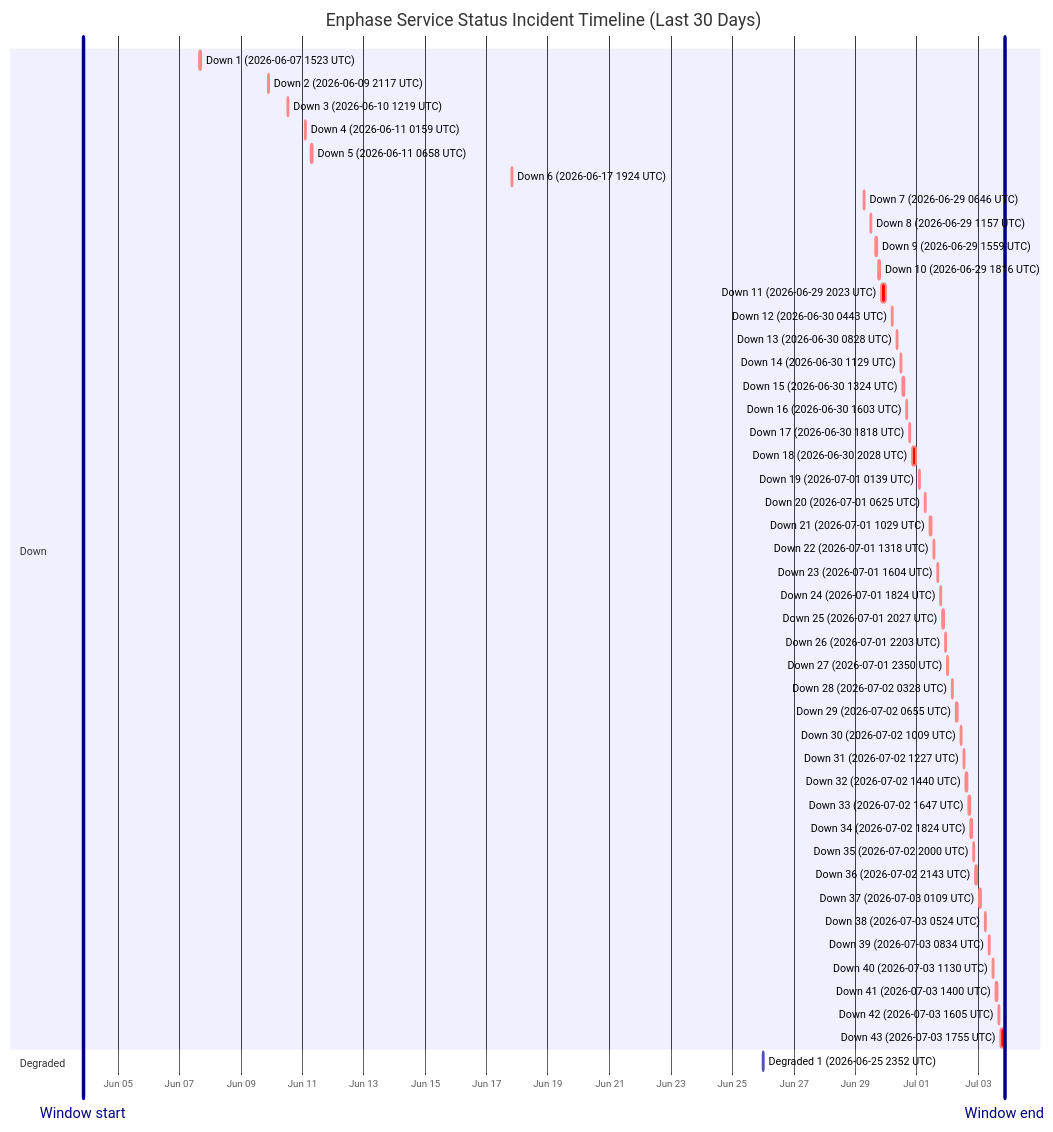
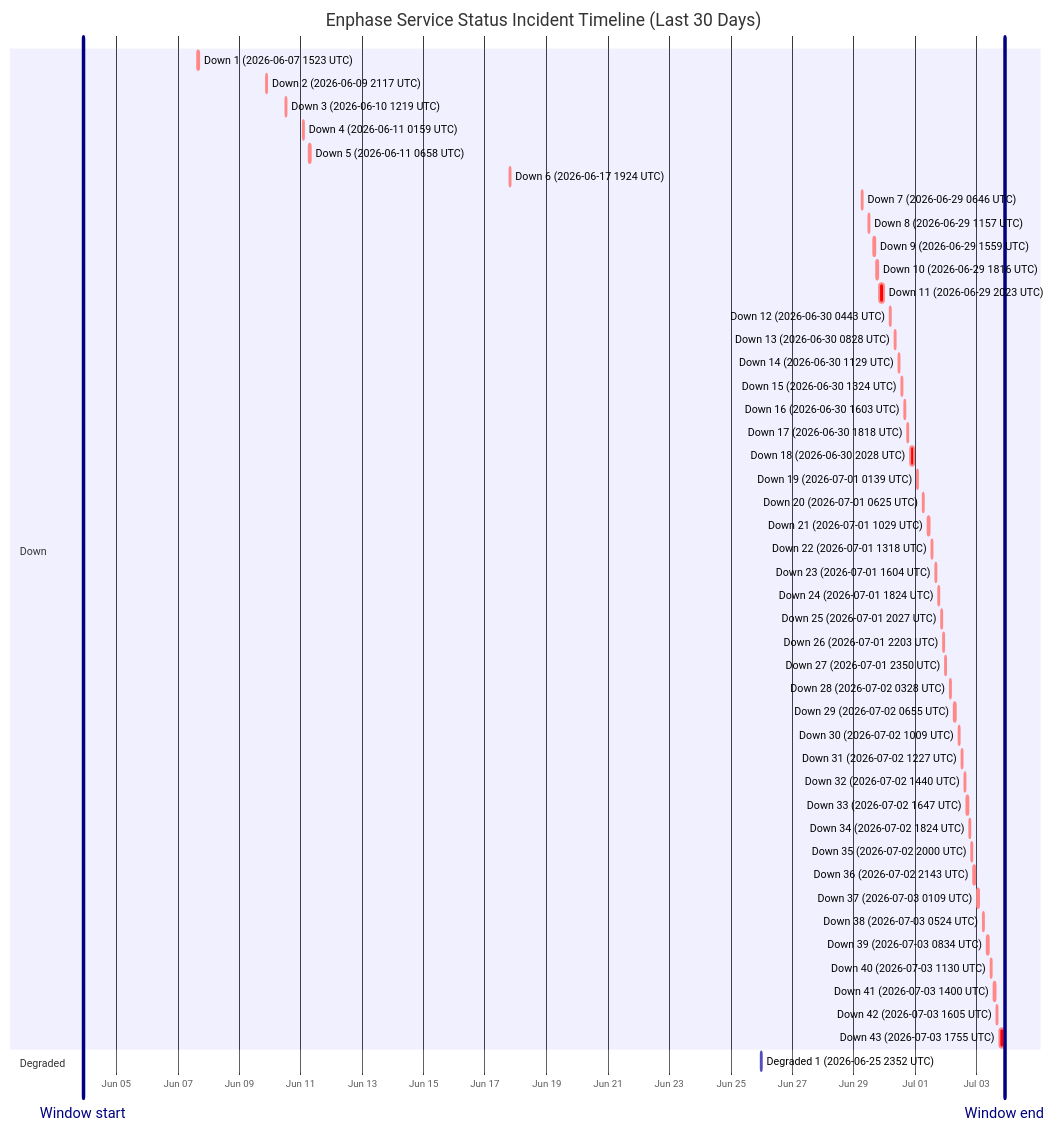
Before and after one commit to barneyonline/ha-enphase-energy: the diagram in wiki/Service-Status-History.md, drawn with Mermaid. The commit also changed other lines of this file and 3 other files, not shown here.

````diff
--- a/wiki/Service-Status-History.md
+++ b/wiki/Service-Status-History.md
@@ -14,54 +14,54 @@
 ```mermaid
 gantt
     title Enphase Service Status Incident Timeline (Last 30 Days)
     dateFormat  YYYY-MM-DDTHH:mm:ss
     axisFormat  %b %d
-    Window start :vert, window-start, 2026-06-03T20:37:29, 0ms
-    Window end :vert, window-end, 2026-07-03T20:37:29, 0ms
+    Window start :vert, window-start, 2026-06-03T22:03:17, 0ms
+    Window end :vert, window-end, 2026-07-03T22:03:17, 0ms
     section Down
     Down 1 (2026-06-07 1523 UTC) :crit, down-1, 2026-06-07T15:23:22, 87m
     Down 2 (2026-06-09 2117 UTC) :crit, down-2, 2026-06-09T21:17:17, 60m
     Down 3 (2026-06-10 1219 UTC) :crit, down-3, 2026-06-10T12:19:21, 60m
     Down 4 (2026-06-11 0159 UTC) :crit, down-4, 2026-06-11T01:59:36, 60m
     Down 5 (2026-06-11 0658 UTC) :crit, down-5, 2026-06-11T06:58:45, 60m
     Down 6 (2026-06-17 1924 UTC) :crit, down-6, 2026-06-17T19:24:51, 60m
     Down 7 (2026-06-29 0646 UTC) :crit, down-7, 2026-06-29T06:46:18, 60m
     Down 8 (2026-06-29 1157 UTC) :crit, down-8, 2026-06-29T11:57:36, 60m
     Down 9 (2026-06-29 1559 UTC) :crit, down-9, 2026-06-29T15:59:02, 60m
     Down 10 (2026-06-29 1816 UTC) :crit, down-10, 2026-06-29T18:16:38, 60m
     Down 11 (2026-06-29 2023 UTC) :crit, down-11, 2026-06-29T20:23:16, 220m
     Down 12 (2026-06-30 0443 UTC) :crit, down-12, 2026-06-30T04:43:54, 60m
     Down 13 (2026-06-30 0828 UTC) :crit, down-13, 2026-06-30T08:28:43, 60m
     Down 14 (2026-06-30 1129 UTC) :crit, down-14, 2026-06-30T11:29:15, 60m
     Down 15 (2026-06-30 1324 UTC) :crit, down-15, 2026-06-30T13:24:25, 60m
     Down 16 (2026-06-30 1603 UTC) :crit, down-16, 2026-06-30T16:03:26, 60m
     Down 17 (2026-06-30 1818 UTC) :crit, down-17, 2026-06-30T18:18:39, 60m
     Down 18 (2026-06-30 2028 UTC) :crit, down-18, 2026-06-30T20:28:54, 171m
     Down 19 (2026-07-01 0139 UTC) :crit, down-19, 2026-07-01T01:39:18, 60m
     Down 20 (2026-07-01 0625 UTC) :crit, down-20, 2026-07-01T06:25:35, 60m
     Down 21 (2026-07-01 1029 UTC) :crit, down-21, 2026-07-01T10:29:24, 60m
     Down 22 (2026-07-01 1318 UTC) :crit, down-22, 2026-07-01T13:18:31, 60m
     Down 23 (2026-07-01 1604 UTC) :crit, down-23, 2026-07-01T16:04:29, 60m
     Down 24 (2026-07-01 1824 UTC) :crit, down-24, 2026-07-01T18:24:21, 60m
     Down 25 (2026-07-01 2027 UTC) :crit, down-25, 2026-07-01T20:27:17, 60m
     Down 26 (2026-07-01 2203 UTC) :crit, down-26, 2026-07-01T22:03:46, 60m
     Down 27 (2026-07-01 2350 UTC) :crit, down-27, 2026-07-01T23:50:52, 60m
     Down 28 (2026-07-02 0328 UTC) :crit, down-28, 2026-07-02T03:28:33, 60m
     Down 29 (2026-07-02 0655 UTC) :crit, down-29, 2026-07-02T06:55:07, 60m
     Down 30 (2026-07-02 1009 UTC) :crit, down-30, 2026-07-02T10:09:15, 60m
     Down 31 (2026-07-02 1227 UTC) :crit, down-31, 2026-07-02T12:27:49, 60m
     Down 32 (2026-07-02 1440 UTC) :crit, down-32, 2026-07-02T14:40:53, 60m
     Down 33 (2026-07-02 1647 UTC) :crit, down-33, 2026-07-02T16:47:47, 60m
     Down 34 (2026-07-02 1824 UTC) :crit, down-34, 2026-07-02T18:24:26, 60m
     Down 35 (2026-07-02 2000 UTC) :crit, down-35, 2026-07-02T20:00:57, 60m
     Down 36 (2026-07-02 2143 UTC) :crit, down-36, 2026-07-02T21:43:52, 80m
     Down 37 (2026-07-03 0109 UTC) :crit, down-37, 2026-07-03T01:09:19, 60m
     Down 38 (2026-07-03 0524 UTC) :crit, down-38, 2026-07-03T05:24:23, 60m
     Down 39 (2026-07-03 0834 UTC) :crit, down-39, 2026-07-03T08:34:05, 60m
     Down 40 (2026-07-03 1130 UTC) :crit, down-40, 2026-07-03T11:30:41, 60m
     Down 41 (2026-07-03 1400 UTC) :crit, down-41, 2026-07-03T14:00:48, 60m
     Down 42 (2026-07-03 1605 UTC) :crit, down-42, 2026-07-03T16:05:49, 60m
-    Down 43 (2026-07-03 1755 UTC) :crit, down-43, 2026-07-03T17:55:54, 161m
+    Down 43 (2026-07-03 1755 UTC) :crit, down-43, 2026-07-03T17:55:54, 247m
     section Degraded
     Degraded 1 (2026-06-25 2352 UTC) :active, degraded-1, 2026-06-25T23:52:01, 60m
 ```
````
